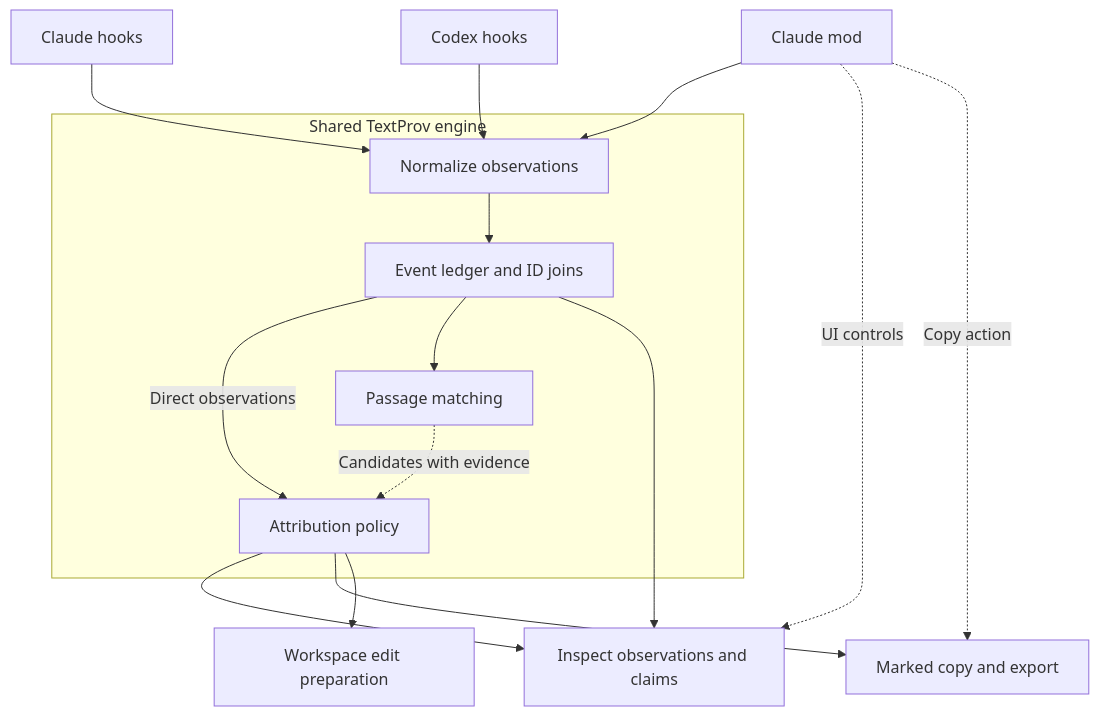
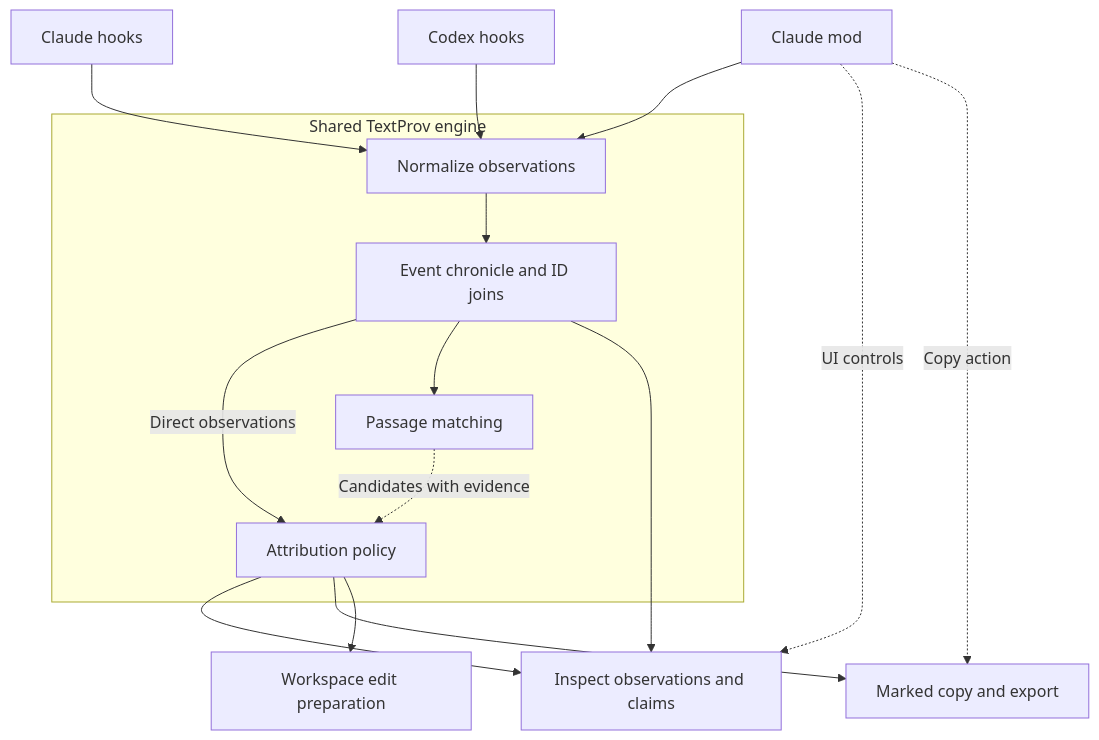
The diagram in docs/development/plugin-prototype.md (textprov/textprov), drawn with Mermaid before and after one commit. The commit also changed other lines of this file and 3 other files, not shown here.

First line of the commit message:
refactor: rename the shared plugin core from ledger to chronicle

````diff
--- a/docs/development/plugin-prototype.md
+++ b/docs/development/plugin-prototype.md
@@ -63,18 +63,18 @@
 ```mermaid
 flowchart TB
     CH[Claude hooks] --> N
     CX[Codex hooks] --> N
     CM[Claude mod] --> N
     subgraph shared[Shared TextProv engine]
-        N[Normalize observations] --> L[Event ledger and ID joins]
+        N[Normalize observations] --> L[Event chronicle and ID joins]
         L -->|Direct observations| P[Attribution policy]
         L --> M[Passage matching]
         M -.->|Candidates with evidence| P
     end
     L --> I[Inspect observations and claims]
     P --> I
     P --> E[Marked copy and export]
     P --> W[Workspace edit preparation]
     CM -.->|UI controls| I
     CM -.->|Copy action| E
 ```
````
